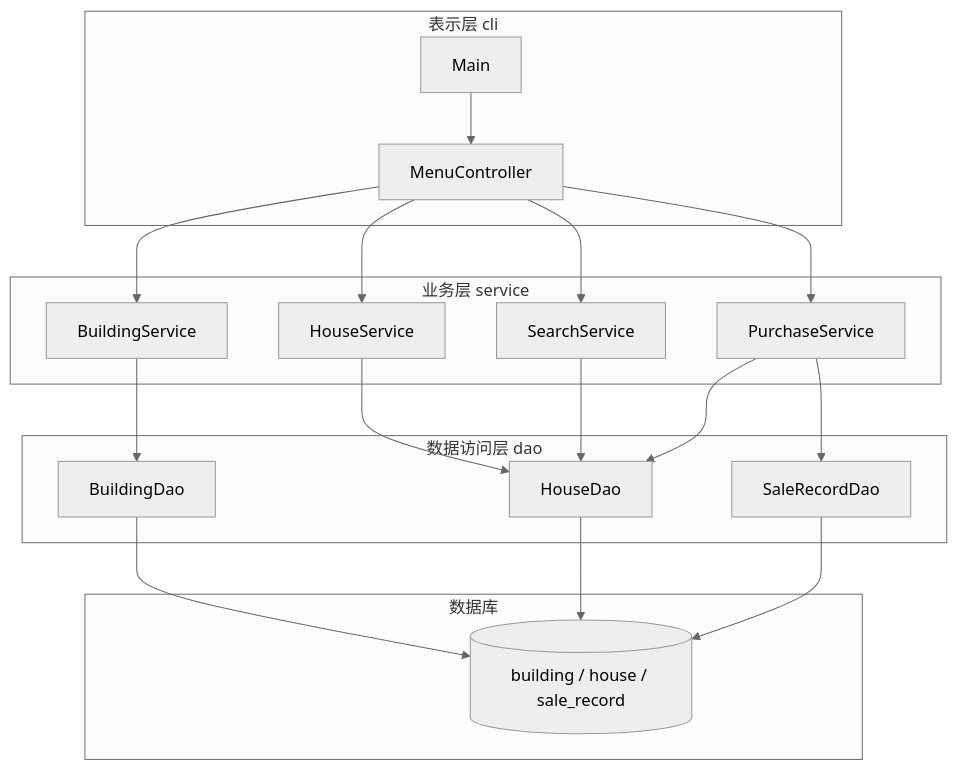
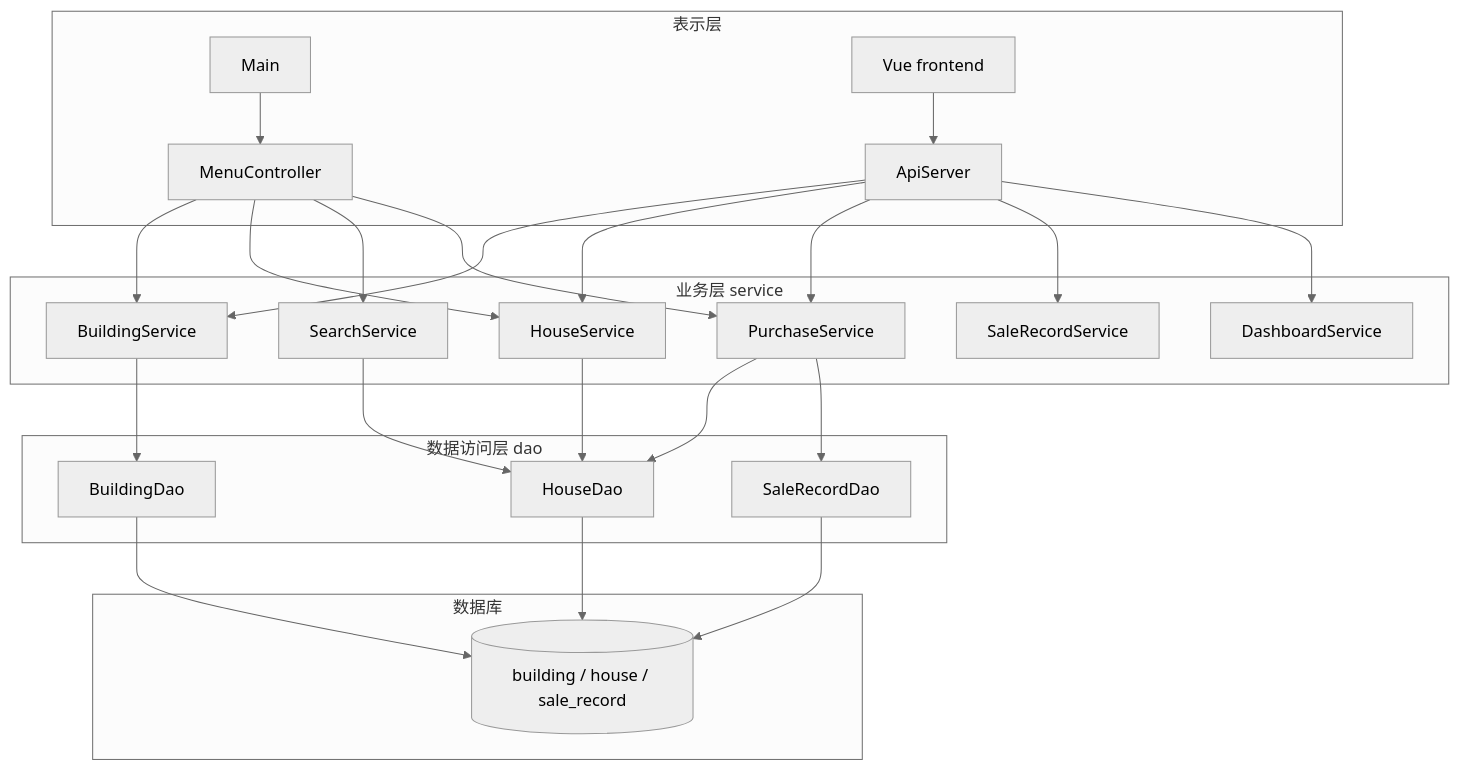
Before and after one commit to NorthBridgeAthlon64/Building_ManOS: the first of 3 diagrams in docs/design/概要设计.md, drawn with Mermaid (neutral theme). The commit also changed other lines of this file and 20 other files, not shown here.

````diff
--- a/docs/design/概要设计.md
+++ b/docs/design/概要设计.md
@@ -21,34 +22,44 @@
 ```mermaid
 flowchart TB
-    subgraph cli["表示层 cli"]
+    subgraph presentation["表示层"]
         Main
         MenuController
+        ApiServer
+        Vue[Vue frontend]
     end
     subgraph service["业务层 service"]
         BuildingService
         HouseService
         SearchService
         PurchaseService
+        SaleRecordService
+        DashboardService
     end
     subgraph dao["数据访问层 dao"]
         BuildingDao
         HouseDao
         SaleRecordDao
     end
     subgraph db["数据库"]
         MySQL[(building / house / sale_record)]
     end
     Main --> MenuController
+    Vue --> ApiServer
     MenuController --> BuildingService
     MenuController --> HouseService
     MenuController --> SearchService
     MenuController --> PurchaseService
+    ApiServer --> BuildingService
+    ApiServer --> HouseService
+    ApiServer --> PurchaseService
+    ApiServer --> SaleRecordService
+    ApiServer --> DashboardService
     BuildingService --> BuildingDao
     HouseService --> HouseDao
     PurchaseService --> HouseDao
     PurchaseService --> SaleRecordDao
     SearchService --> HouseDao
     BuildingDao --> MySQL
     HouseDao --> MySQL
     SaleRecordDao --> MySQL
 ```
````
